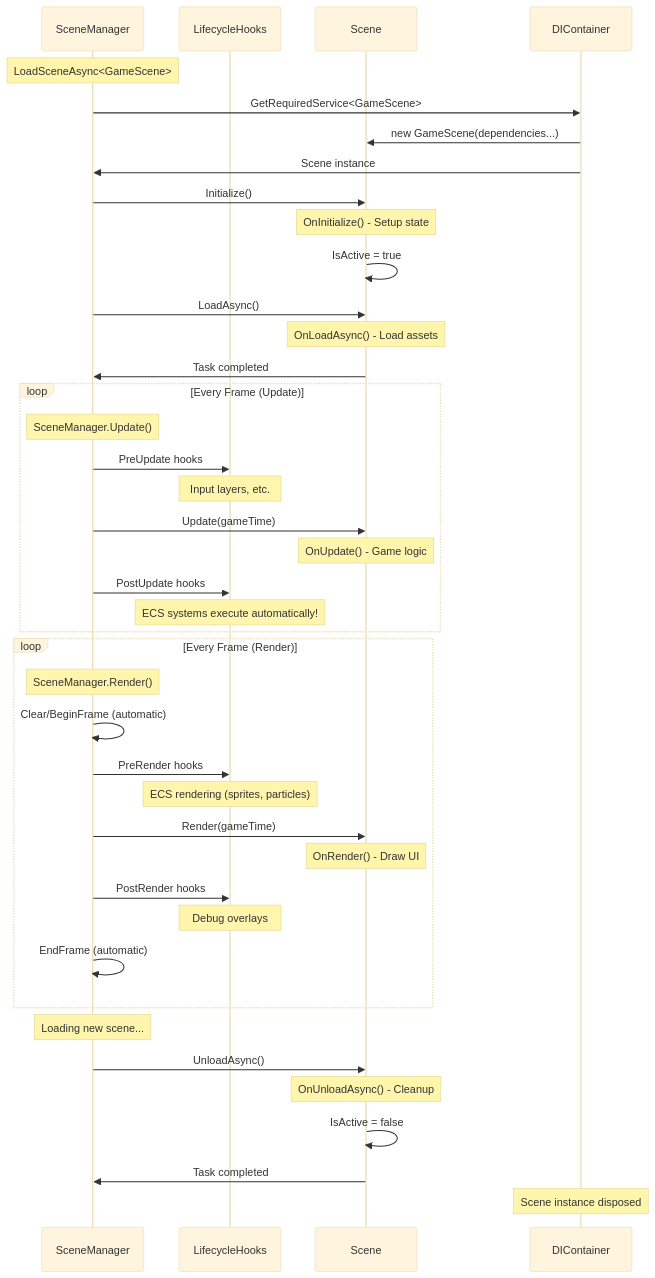
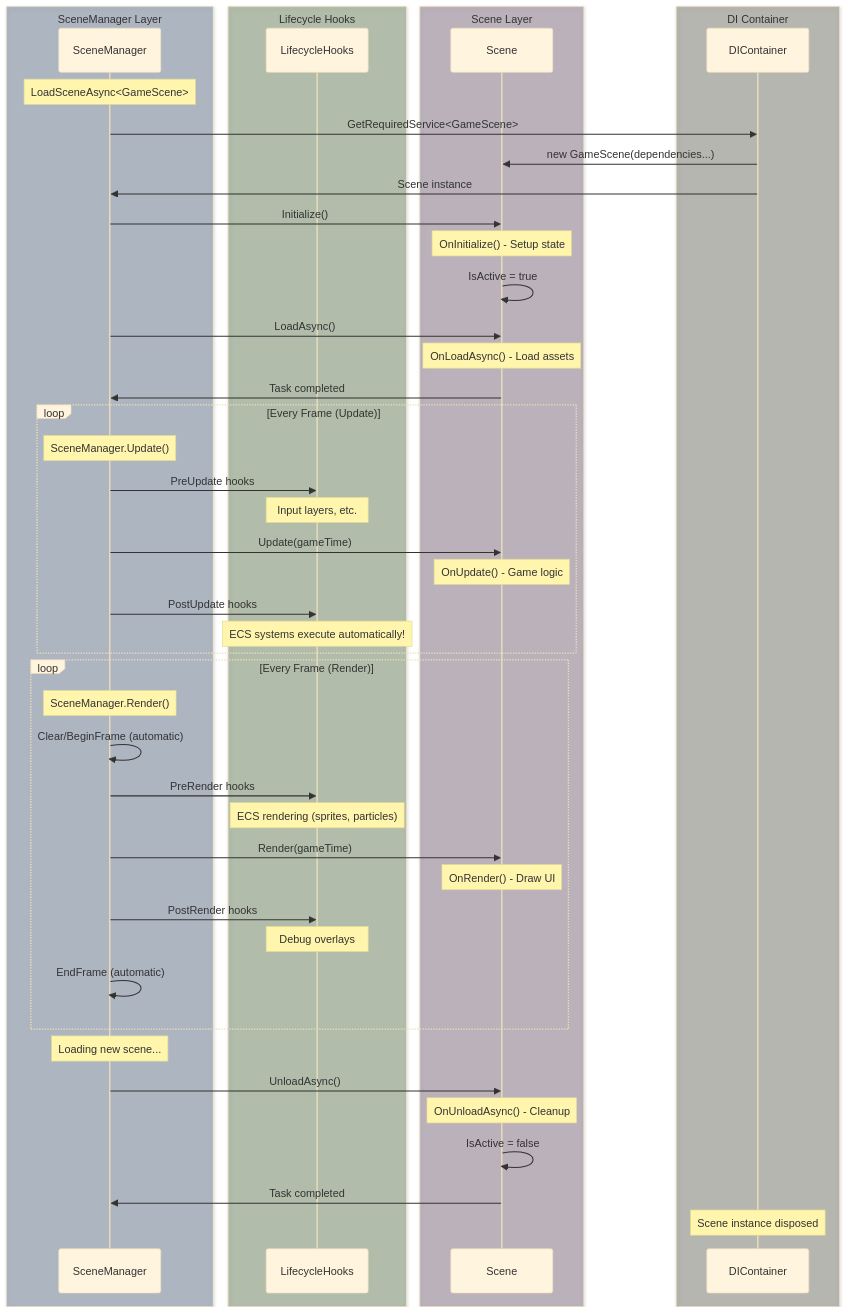
Before and after one commit to CrazyPickleStudios/Brine2D-Documentation: the second of 2 diagrams in docs/concepts/scenes.md, drawn with Mermaid (base theme). The commit also changed other lines of this file and 17 other files, not shown here.

````diff
--- a/docs/concepts/scenes.md
+++ b/docs/concepts/scenes.md
@@ -60,59 +60,75 @@
 ```mermaid
 sequenceDiagram
     participant SM as SceneManager
     participant H as LifecycleHooks
     participant S as Scene
     participant DI as DIContainer
     
     Note over SM: LoadSceneAsync<GameScene>
     
     SM->>DI: GetRequiredService<GameScene>
     DI->>S: new GameScene(dependencies...)
     DI->>SM: Scene instance
     
     SM->>S: Initialize()
     Note over S: OnInitialize() - Setup state
     S->>S: IsActive = true
     
     SM->>S: LoadAsync()
     Note over S: OnLoadAsync() - Load assets
     S->>SM: Task completed
     
     loop Every Frame (Update)
         Note over SM: SceneManager.Update()
         
         SM->>H: PreUpdate hooks
         Note over H: Input layers, etc.
         
         SM->>S: Update(gameTime)
         Note over S: OnUpdate() - Game logic
         
         SM->>H: PostUpdate hooks
         Note over H: ECS systems execute automatically!
     end
     
     loop Every Frame (Render)
         Note over SM: SceneManager.Render()
         SM->>SM: Clear/BeginFrame (automatic)
         
         SM->>H: PreRender hooks
         Note over H: ECS rendering (sprites, particles)
         
         SM->>S: Render(gameTime)
         Note over S: OnRender() - Draw UI
         
         SM->>H: PostRender hooks
         Note over H: Debug overlays
         
         SM->>SM: EndFrame (automatic)
     end
     
     Note over SM: Loading new scene...
     
     SM->>S: UnloadAsync()
     Note over S: OnUnloadAsync() - Cleanup
     S->>S: IsActive = false
     S->>SM: Task completed
     
     Note over DI: Scene instance disposed
+    
+    box rgba(30, 58, 95, 0.3) SceneManager Layer
+    participant SM
+    end
+    
+    box rgba(45, 80, 22, 0.3) Lifecycle Hooks
+    participant H
+    end
+    
+    box rgba(74, 45, 74, 0.3) Scene Layer
+    participant S
+    end
+    
+    box rgba(61, 61, 42, 0.3) DI Container
+    participant DI
+    end
 ```
````
